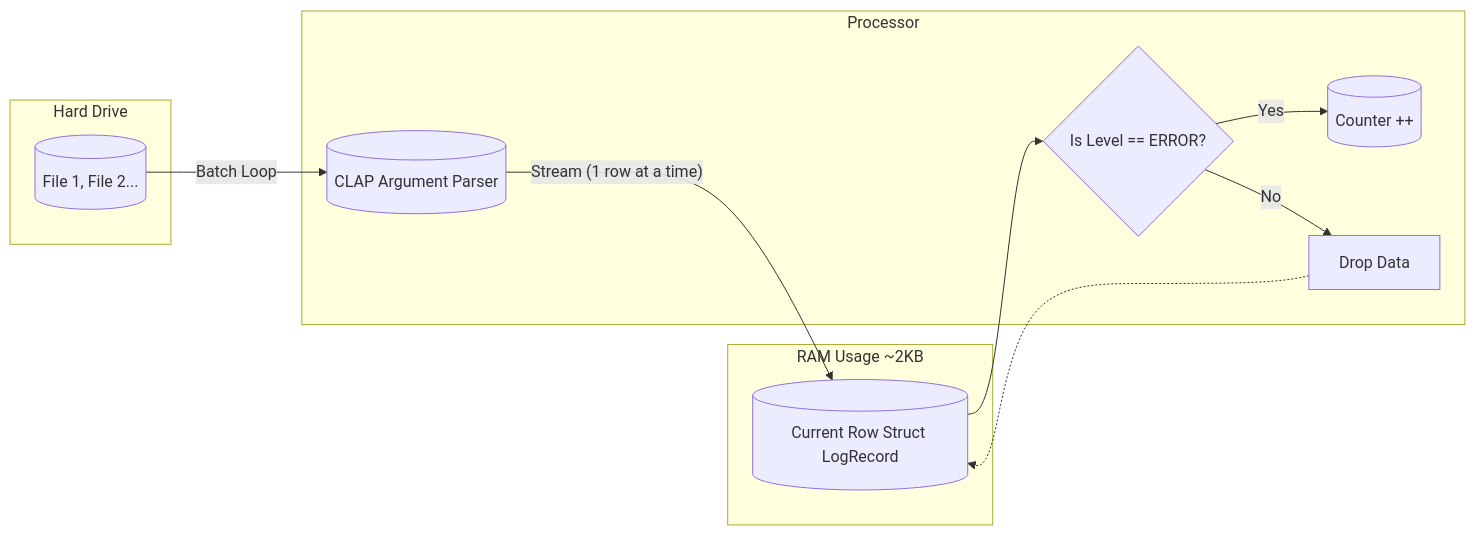
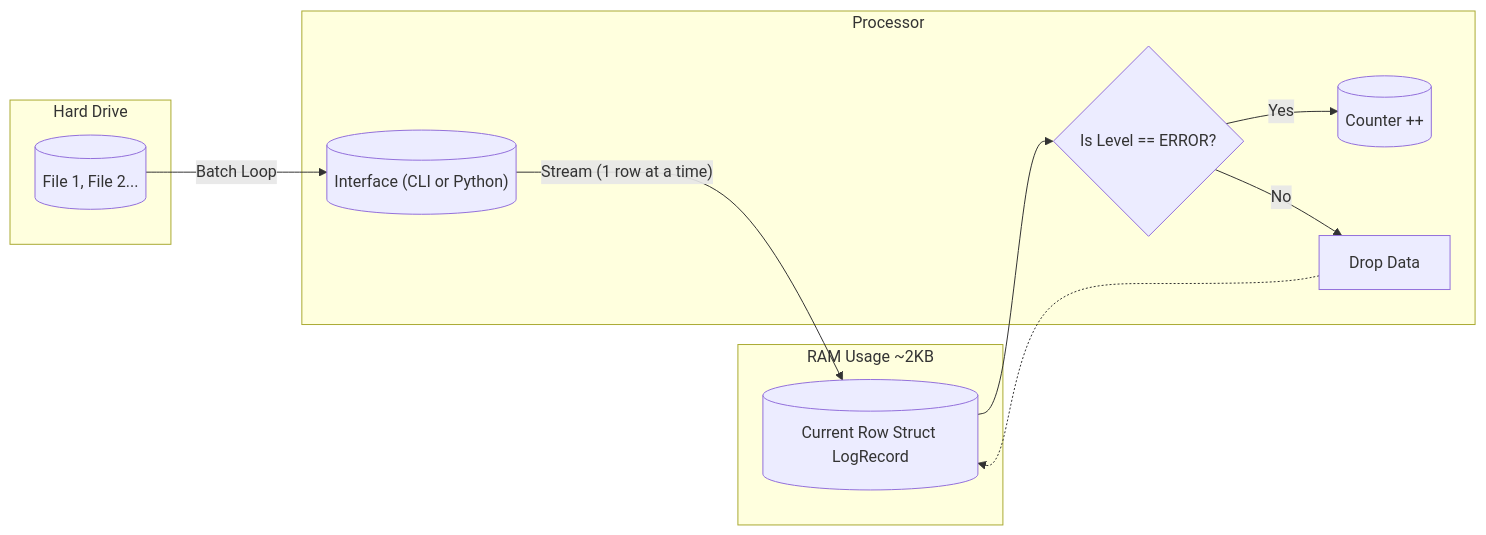
One commit to VamsiMyla916/rust-log-blaster changed the diagram in readme.md. Above: the diagram before and after it, drawn with Mermaid. The commit also changed other lines of this file and 6 other files, not shown here.

````diff
--- a/readme.md
+++ b/readme.md
@@ -45,25 +51,25 @@
 ```mermaid
 flowchart LR
     subgraph Disk [Hard Drive]
         LogFiles[("File 1, File 2...")]
     end
 
     subgraph Memory [RAM Usage ~2KB]
         Row[("Current Row Struct LogRecord")]
     end
 
     subgraph CPU [Processor]
-        ArgParse[("CLAP Argument Parser")]
+        ArgParse[("Interface (CLI or Python)")]
         Logic{"Is Level == ERROR?"}
         Count[("Counter ++")]
         DropNode["Drop Data"]
     end
 
     LogFiles -- Batch Loop --> ArgParse
     ArgParse -- Stream (1 row at a time) --> Row
     Row --> Logic
     Logic -- Yes --> Count
     Logic -- No --> DropNode
     DropNode -.-> Row
 
 ```
````
